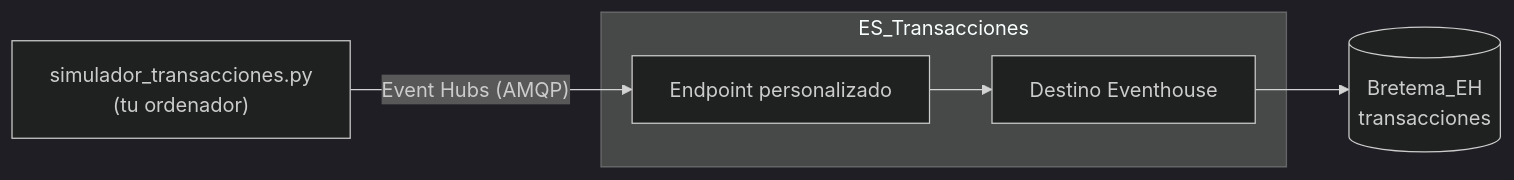
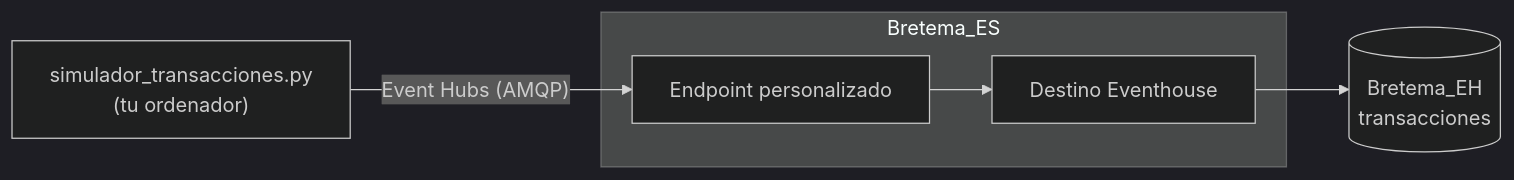
The diagram in docs/paso-a-paso/03-eventstream-simulador.md (AbenFdez/Banco_Bretema_Prevencion_Fraude), drawn with Mermaid (dark theme) before and after one commit. The commit also changed other lines of this file and 7 other files, not shown here.

````diff
--- a/docs/paso-a-paso/03-eventstream-simulador.md
+++ b/docs/paso-a-paso/03-eventstream-simulador.md
@@ -5,8 +5,8 @@
 ```mermaid
 flowchart LR
     SIM["simulador_transacciones.py<br/>(tu ordenador)"] -->|"Event Hubs (AMQP)"| EP[Endpoint personalizado]
-    subgraph ES_Transacciones
+    subgraph Bretema_ES
         EP --> DST[Destino Eventhouse]
     end
     DST --> T[("Bretema_EH<br/>transacciones")]
 ```
````
